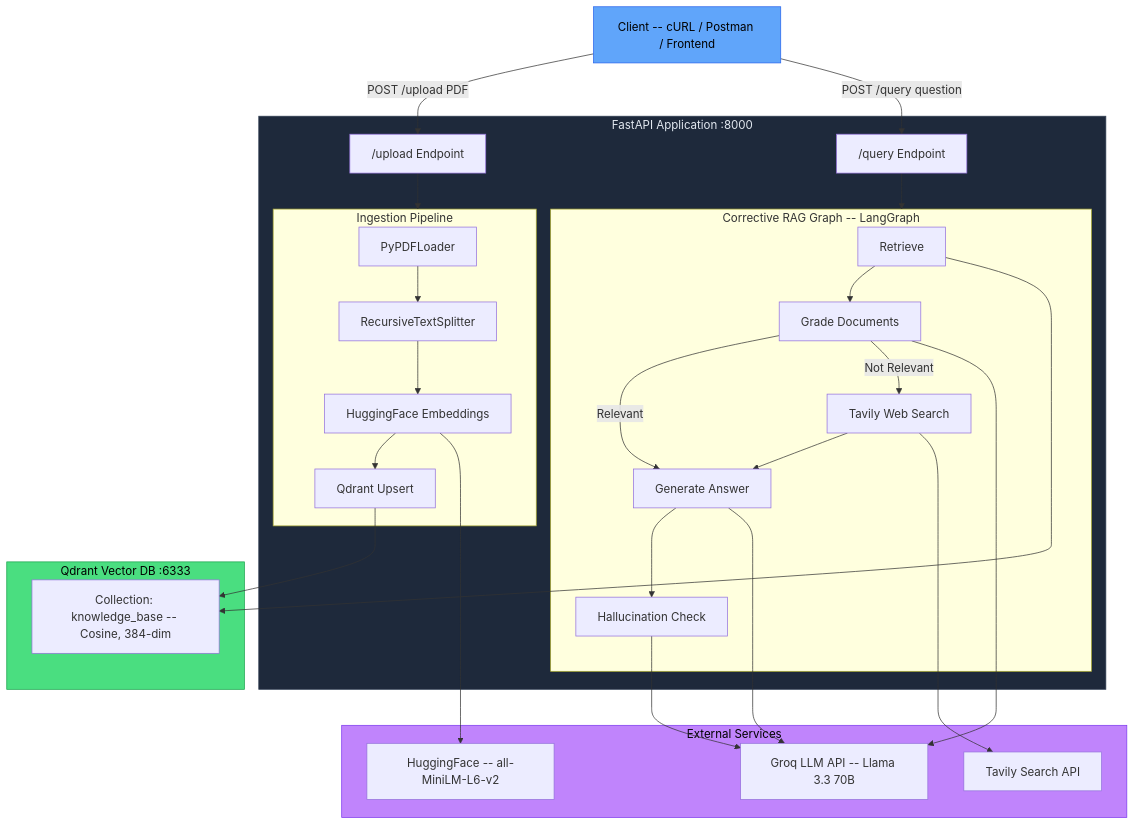
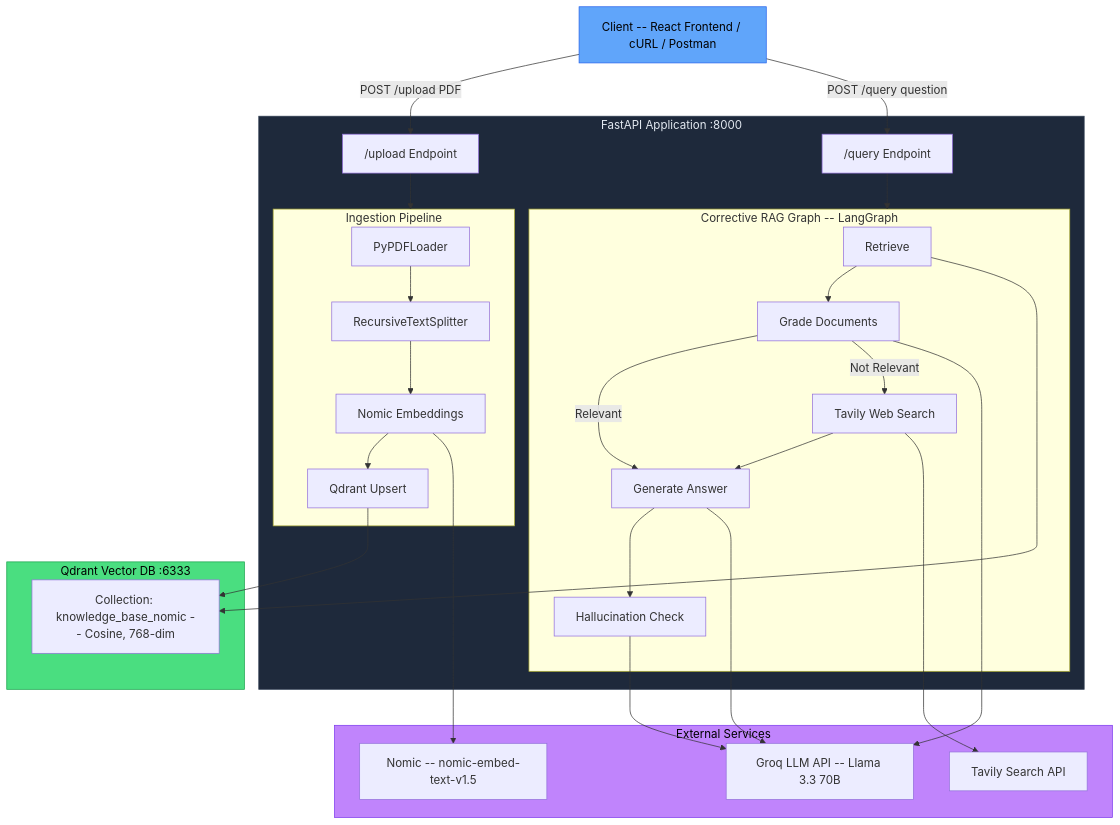
One commit to TkWarrior/Knowledge_Base changed the first of 2 diagrams in README.md. Above: the diagram before and after it, drawn with Mermaid. The commit also changed other lines of this file, not shown here.

````diff
--- a/README.md
+++ b/README.md
@@ -39,51 +46,51 @@
 ```mermaid
 graph TB
-    Client["Client -- cURL / Postman / Frontend"]
+    Client["Client -- React Frontend / cURL / Postman"]
 
     subgraph FastAPI["FastAPI Application :8000"]
         Upload["/upload Endpoint"]
         Query["/query Endpoint"]
 
         subgraph Ingestion["Ingestion Pipeline"]
             PDF["PyPDFLoader"] --> Splitter["RecursiveTextSplitter"]
-            Splitter --> Embed["HuggingFace Embeddings"]
+            Splitter --> Embed["Nomic Embeddings"]
             Embed --> Upsert["Qdrant Upsert"]
         end
 
         subgraph RAG["Corrective RAG Graph -- LangGraph"]
             Retrieve["Retrieve"] --> Grade["Grade Documents"]
             Grade -->|Relevant| Generate["Generate Answer"]
             Grade -->|Not Relevant| WebSearch["Tavily Web Search"]
             WebSearch --> Generate
             Generate --> Hallucination["Hallucination Check"]
         end
 
         Upload --> Ingestion
         Query --> RAG
     end
 
     subgraph External["External Services"]
         Groq["Groq LLM API -- Llama 3.3 70B"]
         Tavily["Tavily Search API"]
-        HF["HuggingFace -- all-MiniLM-L6-v2"]
+        Nomic["Nomic -- nomic-embed-text-v1.5"]
     end
 
     subgraph Storage["Qdrant Vector DB :6333"]
-        Collection["Collection: knowledge_base -- Cosine, 384-dim"]
+        Collection["Collection: knowledge_base_nomic -- Cosine, 768-dim"]
     end
 
     Client -->|POST /upload PDF| Upload
     Client -->|POST /query question| Query
     Upsert --> Collection
     Retrieve --> Collection
     Grade --> Groq
     Generate --> Groq
     Hallucination --> Groq
     WebSearch --> Tavily
-    Embed --> HF
+    Embed --> Nomic
 
     style Client fill:#60a5fa,stroke:#2563eb,color:#000
     style FastAPI fill:#1e293b,stroke:#334155,color:#e2e8f0
     style Storage fill:#4ade80,stroke:#16a34a,color:#000
     style External fill:#c084fc,stroke:#7c3aed,color:#000
 ```
````
